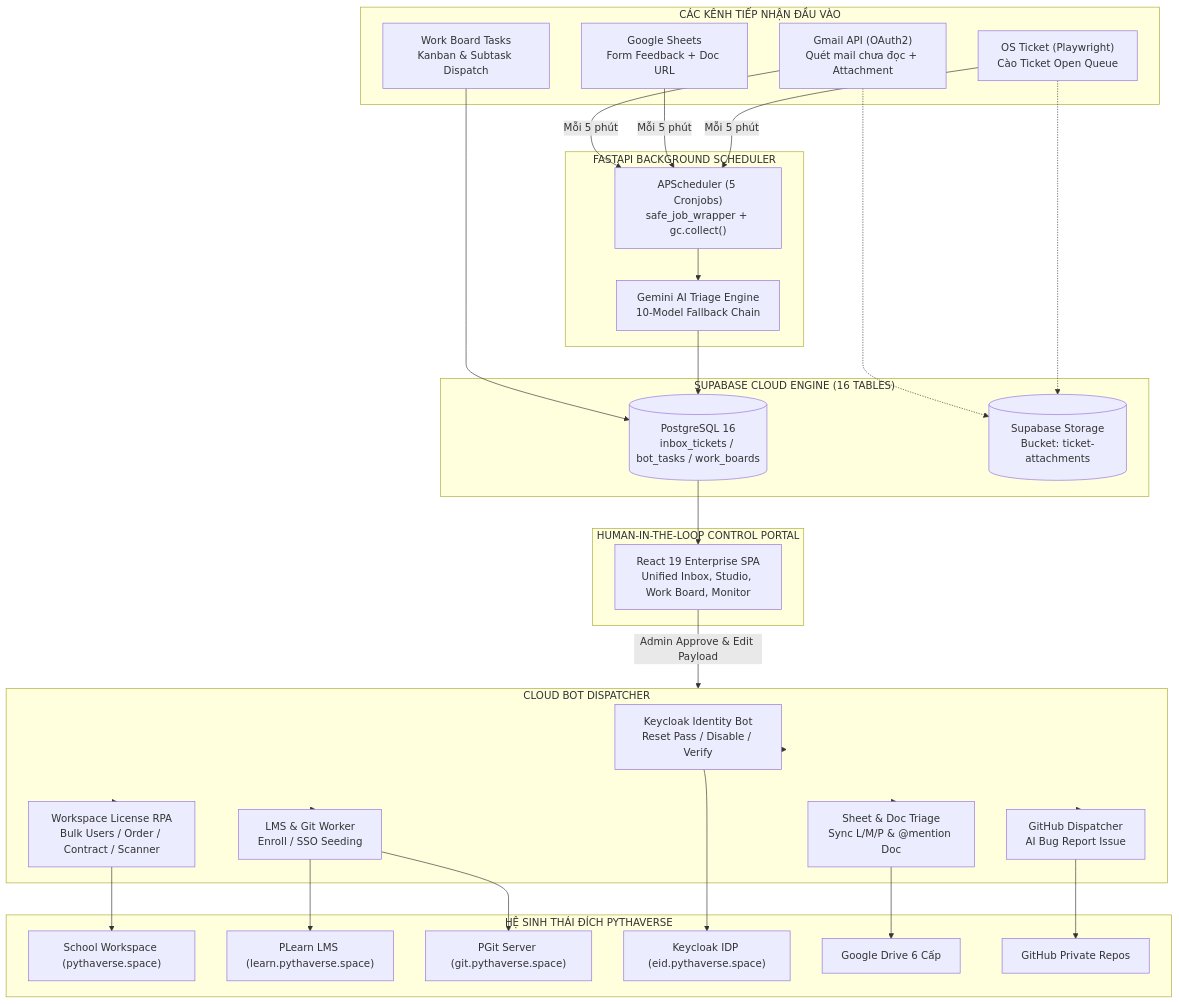
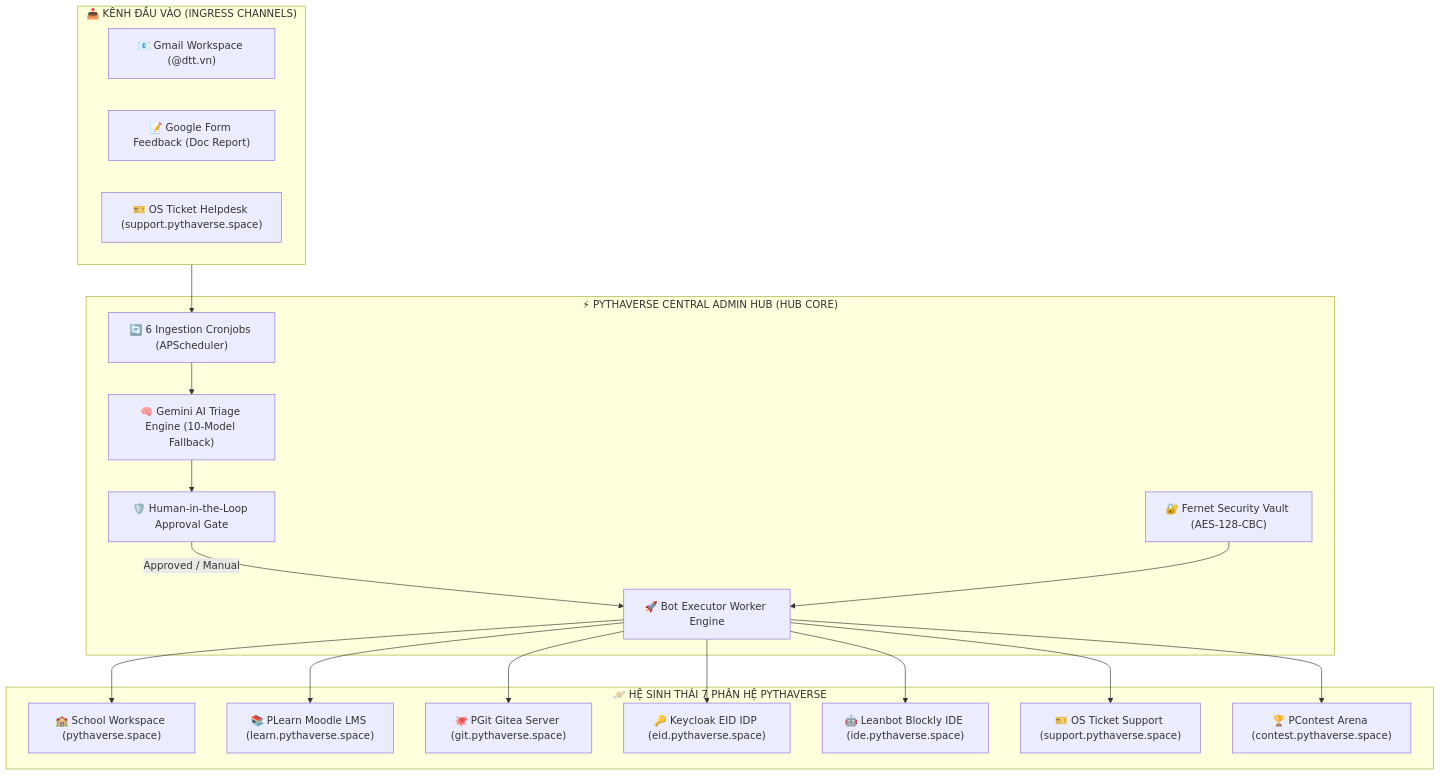
One commit to hungnm-1225/ptv-tasks-administrator changed the first of 4 diagrams in README.md. Above: the diagram before and after it, drawn with Mermaid. The commit also changed other lines of this file and 1 other file, not shown here.

Commit message:
docs: update project documentation in GEMINI.md and README.md

````diff
--- a/README.md
+++ b/README.md
@@ -105,57 +54,31 @@
 ```mermaid
 flowchart TD
-    subgraph INGESTION["CÁC KÊNH TIẾP NHẬN ĐẦU VÀO"]
-        A1["Gmail API (OAuth2)<br/>Quét mail chưa đọc + Attachment"]
-        A2["Google Sheets<br/>Form Feedback + Doc URL"]
-        A3["OS Ticket (Playwright)<br/>Cào Ticket Open Queue"]
-        A4["Work Board Tasks<br/>Kanban & Subtask Dispatch"]
+    subgraph INGRESS["📥 KÊNH ĐẦU VÀO (INGRESS CHANNELS)"]
+        GMAIL["📧 Gmail Workspace (@dtt.vn)"]
+        GFORM["📝 Google Form Feedback (Doc Report)"]
+        OSTICKET["🎫 OS Ticket Helpdesk (support.pythaverse.space)"]
     end
 
-    subgraph ENGINE["FASTAPI BACKGROUND SCHEDULER"]
-        B["APScheduler (5 Cronjobs)<br/>safe_job_wrapper + gc.collect()"]
-        C["Gemini AI Triage Engine<br/>10-Model Fallback Chain"]
+    subgraph HUB["⚡ PYTHAVERSE CENTRAL ADMIN HUB (HUB CORE)"]
+        INGEST["🔄 6 Ingestion Cronjobs (APScheduler)"]
+        GEMINI["🧠 Gemini AI Triage Engine (10-Model Fallback)"]
+        VAULT["🔐 Fernet Security Vault (AES-128-CBC)"]
+        GATE["🛡️ Human-in-the-Loop Approval Gate"]
+        DISPATCH["🚀 Bot Executor Worker Engine"]
     end
 
-    subgraph DB["SUPABASE CLOUD ENGINE (16 TABLES)"]
-        D[("PostgreSQL 16<br/>inbox_tickets / bot_tasks / work_boards")]
-        D2[("Supabase Storage<br/>Bucket: ticket-attachments")]
+    subgraph ECOSYSTEM["🪐 HỆ SINH THÁI 7 PHÂN HỆ PYTHAVERSE"]
+        P1["🏫 School Workspace (pythaverse.space)"]
+        P2["📚 PLearn Moodle LMS (learn.pythaverse.space)"]
+        P3["🐙 PGit Gitea Server (git.pythaverse.space)"]
+        P4["🔑 Keycloak EID IDP (eid.pythaverse.space)"]
+        P5["🤖 Leanbot Blockly IDE (ide.pythaverse.space)"]
+        P6["🎫 OS Ticket Support (support.pythaverse.space)"]
+        P7["🏆 PContest Arena (contest.pythaverse.space)"]
     end
 
-    subgraph PORTAL["HUMAN-IN-THE-LOOP CONTROL PORTAL"]
-        F["React 19 Enterprise SPA<br/>Unified Inbox, Studio, Work Board, Monitor"]
-    end
-
-    subgraph WORKERS["CLOUD BOT DISPATCHER"]
-        G1["Keycloak Identity Bot<br/>Reset Pass / Disable / Verify"]
-        G2["Workspace License RPA<br/>Bulk Users / Order / Contract / Scanner"]
-        G3["LMS & Git Worker<br/>Enroll / SSO Seeding"]
-        G4["GitHub Dispatcher<br/>AI Bug Report Issue"]
-        G5["Sheet & Doc Triage<br/>Sync L/M/P & @mention Doc"]
-    end
-
-    subgraph ECOSYSTEM["HỆ SINH THÁI ĐÍCH PYTHAVERSE"]
-        H1["School Workspace (pythaverse.space)"]
-        H2["PLearn LMS (learn.pythaverse.space)"]
-        H3["PGit Server (git.pythaverse.space)"]
-        H4["Keycloak IDP (eid.pythaverse.space)"]
-        H5["Google Drive 6 Cấp"]
-        H6["GitHub Private Repos"]
-    end
-
-    A1 -->|Mỗi 5 phút| B
-    A2 -->|Mỗi 5 phút| B
-    A3 -->|Mỗi 5 phút| B
-    A4 --> D
-    B --> C
-    C --> D
-    A1 -.-> D2
-    A3 -.-> D2
-    D --> F
-    F -->|Admin Approve & Edit Payload| WORKERS
-    WORKERS --> G1 & G2 & G3 & G4 & G5
-    G1 --> H4
-    G2 --> H1
-    G3 --> H2 & H3
-    G4 --> H6
-    G5 --> H5
+    INGRESS --> INGEST --> GEMINI --> GATE
+    GATE -->|Approved / Manual| DISPATCH
+    VAULT --> DISPATCH
+    DISPATCH --> P1 & P2 & P3 & P4 & P5 & P6 & P7
 ```
````
